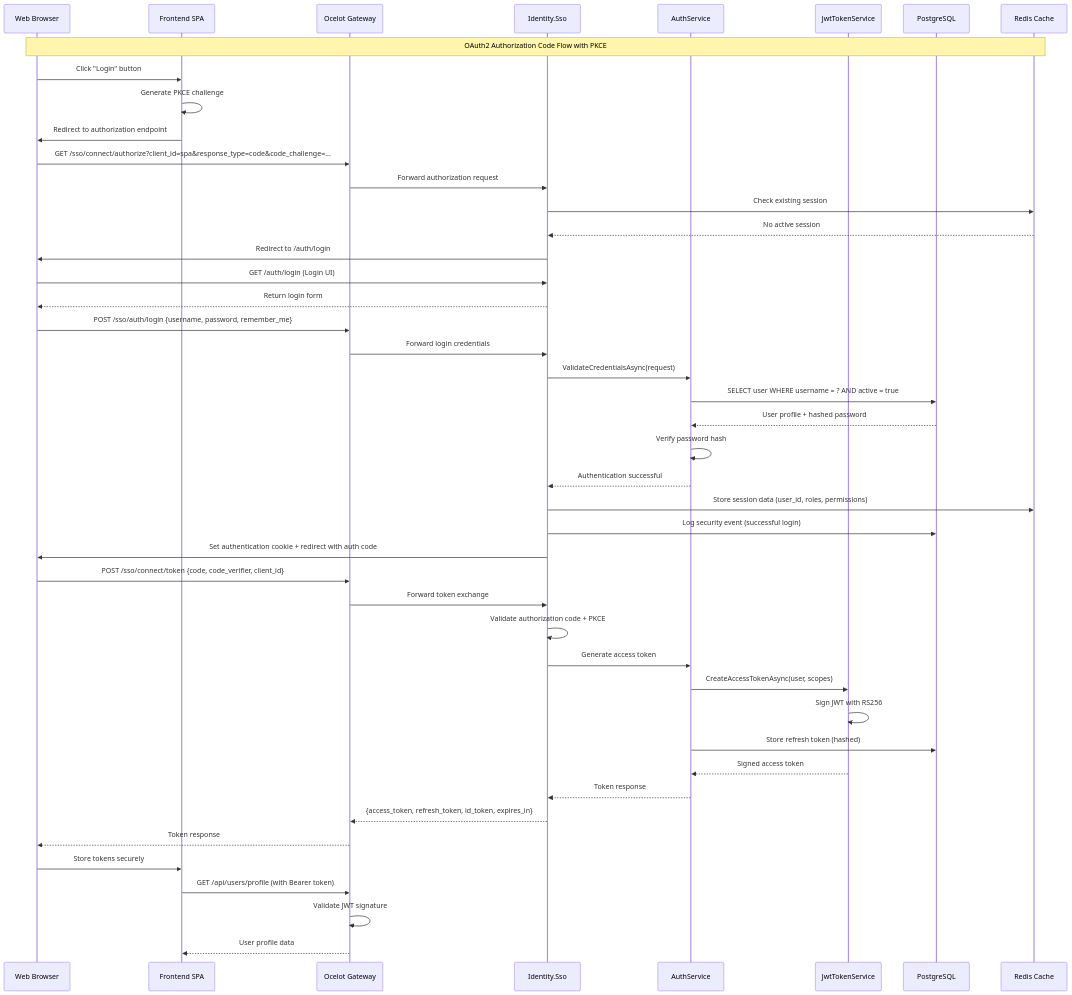
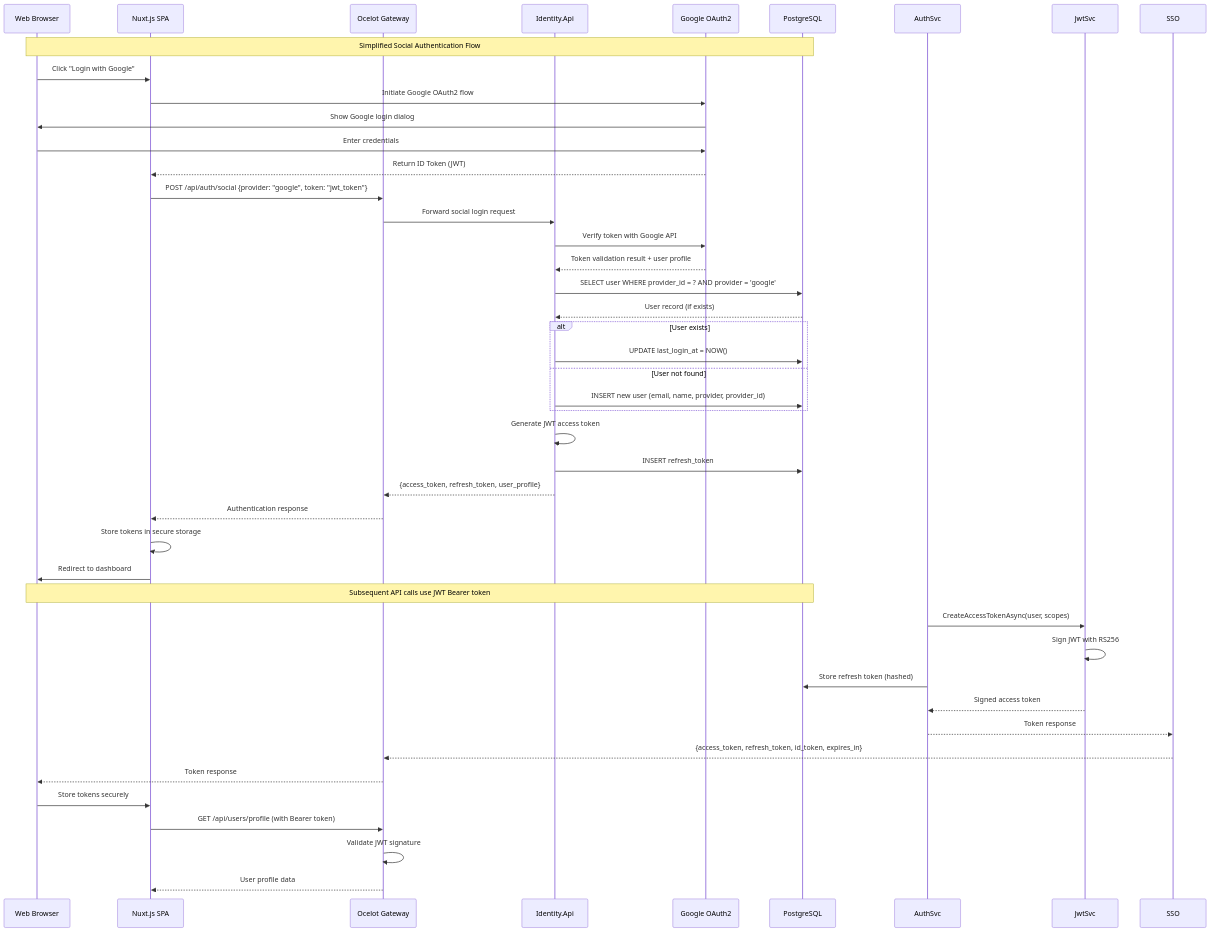
One commit to vinhltt/3_tihomo changed the fifth of 17 diagrams in design/architech_design/flowcharts_v4.md. Above: the diagram before and after it, drawn with Mermaid. The commit also changed other lines of this file and 11 other files, not shown here.

Commit message:
Refactor Identity & Access Design: Simplify architecture by consolidating Identity services, removing SSO server, and enhancing social login integration. Update documentation to reflect new flows, endpoints, and database schema. Remove outdated files and improve overall clarity and maintainability.

````diff
--- a/design/architech_design/flowcharts_v4.md
+++ b/design/architech_design/flowcharts_v4.md
@@ -680,55 +659,53 @@
 ```mermaid
 sequenceDiagram
     participant Browser as Web Browser
-    participant Frontend as Frontend SPA
+    participant Frontend as Nuxt.js SPA
     participant Gateway as Ocelot Gateway
-    participant SSO as Identity.Sso
-    participant AuthSvc as AuthService
-    participant JwtSvc as JwtTokenService
+    participant Identity as Identity.Api
+    participant Google as Google OAuth2
     participant DB as PostgreSQL
-    participant Redis as Redis Cache
 
-    Note over Browser,Redis: OAuth2 Authorization Code Flow with PKCE
+    Note over Browser,DB: Simplified Social Authentication Flow
 
-    Browser->>Frontend: Click "Login" button
-    Frontend->>Frontend: Generate PKCE challenge
-    Frontend->>Browser: Redirect to authorization endpoint
+    Browser->>Frontend: Click "Login with Google"
+    Frontend->>Google: Initiate Google OAuth2 flow
+    Google->>Browser: Show Google login dialog
+    Browser->>Google: Enter credentials
+    Google-->>Frontend: Return ID Token (JWT)
     
-    Browser->>Gateway: GET /sso/connect/authorize?client_id=spa&response_type=code&code_challenge=...
-    Gateway->>SSO: Forward authorization request
-    SSO->>Redis: Check existing session
-    Redis-->>SSO: No active session
+    Frontend->>Gateway: POST /api/auth/social {provider: "google", token: "jwt_token"}
+    Gateway->>Identity: Forward social login request
+    Identity->>Google: Verify token with Google API
+    Google-->>Identity: Token validation result + user profile
     
-    SSO->>Browser: Redirect to /auth/login
-    Browser->>SSO: GET /auth/login (Login UI)
-    SSO-->>Browser: Return login form
+    Identity->>DB: SELECT user WHERE provider_id = ? AND provider = 'google'
+    DB-->>Identity: User record (if exists)
     
-    Browser->>Gateway: POST /sso/auth/login {username, password, remember_me}
-    Gateway->>SSO: Forward login credentials
-    SSO->>AuthSvc: ValidateCredentialsAsync(request)
-    AuthSvc->>DB: SELECT user WHERE username = ? AND active = true
-    DB-->>AuthSvc: User profile + hashed password
-    AuthSvc->>AuthSvc: Verify password hash
-    AuthSvc-->>SSO: Authentication successful
+    alt User exists
+        Identity->>DB: UPDATE last_login_at = NOW()
+    else User not found
+        Identity->>DB: INSERT new user (email, name, provider, provider_id)
+    end
     
-    SSO->>Redis: Store session data (user_id, roles, permissions)
-    SSO->>DB: Log security event (successful login)
-    SSO->>Browser: Set authentication cookie + redirect with auth code
+    Identity->>Identity: Generate JWT access token
+    Identity->>DB: INSERT refresh_token
+    Identity-->>Gateway: {access_token, refresh_token, user_profile}
+    Gateway-->>Frontend: Authentication response
     
-    Browser->>Gateway: POST /sso/connect/token {code, code_verifier, client_id}
-    Gateway->>SSO: Forward token exchange
-    SSO->>SSO: Validate authorization code + PKCE
-    SSO->>AuthSvc: Generate access token
+    Frontend->>Frontend: Store tokens in secure storage
+    Frontend->>Browser: Redirect to dashboard
+    
+    Note over Browser,DB: Subsequent API calls use JWT Bearer token
     AuthSvc->>JwtSvc: CreateAccessTokenAsync(user, scopes)
     JwtSvc->>JwtSvc: Sign JWT with RS256
     AuthSvc->>DB: Store refresh token (hashed)
     JwtSvc-->>AuthSvc: Signed access token
     AuthSvc-->>SSO: Token response
     SSO-->>Gateway: {access_token, refresh_token, id_token, expires_in}
     Gateway-->>Browser: Token response
     
     Browser->>Frontend: Store tokens securely
     Frontend->>Gateway: GET /api/users/profile (with Bearer token)
     Gateway->>Gateway: Validate JWT signature
     Gateway-->>Frontend: User profile data
 ```
````
